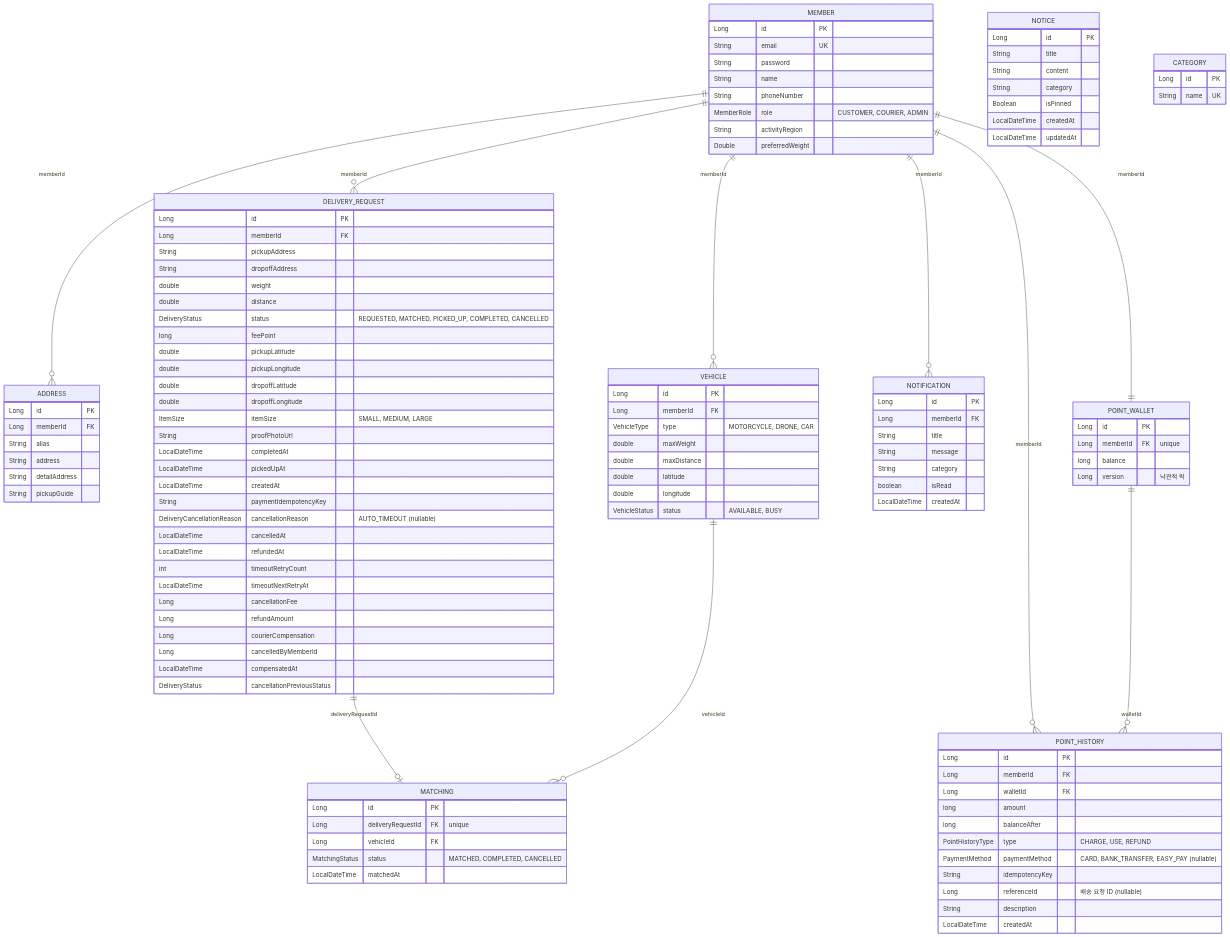
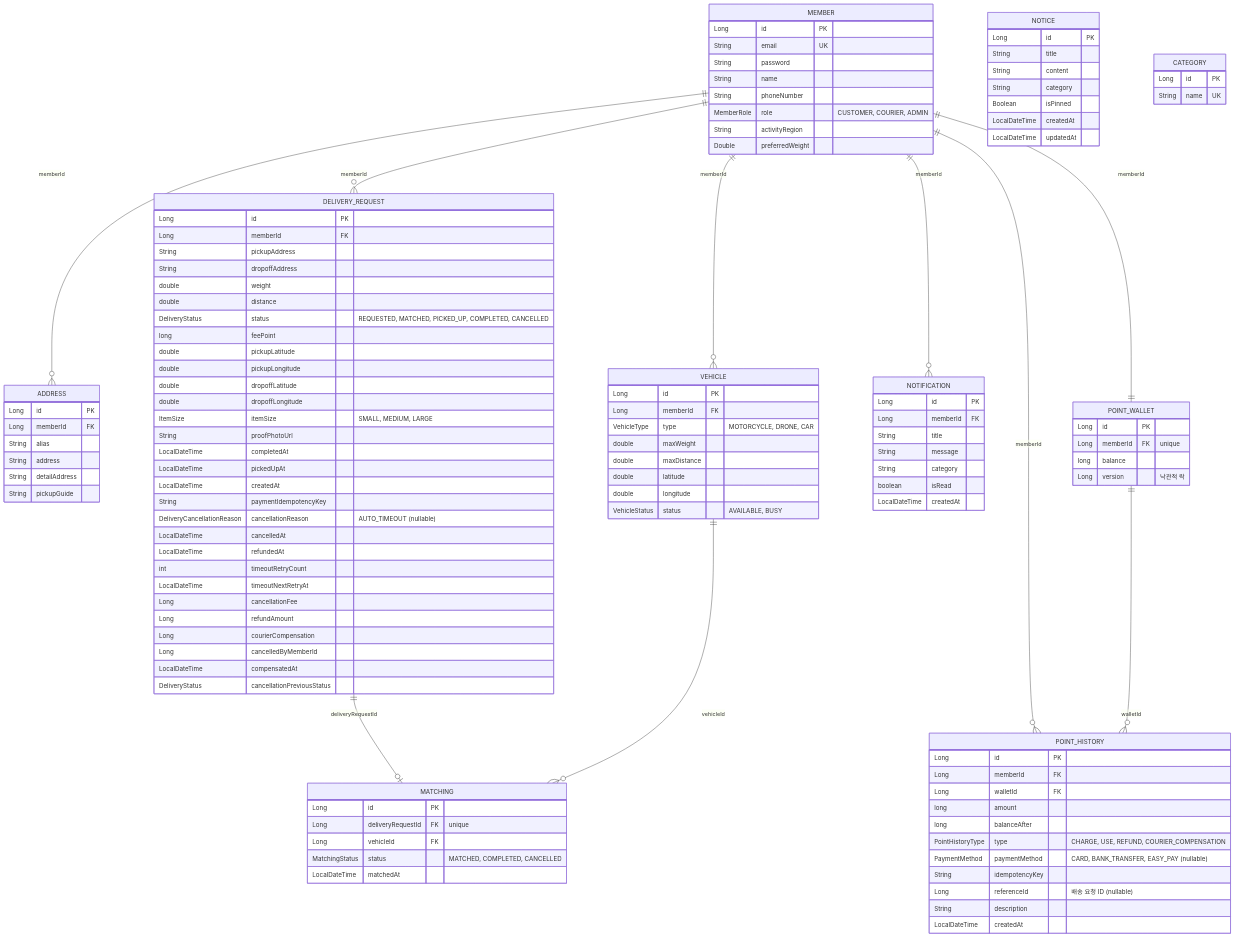
One commit to ShinhanDSProject/shinhan-delivery changed the diagram in docs/architecture/ERD-데이터베이스-연관관계도.md. Above: the diagram before and after it, drawn with Mermaid. The commit also changed 8 other files, not shown here.

```diff
--- a/docs/architecture/ERD-데이터베이스-연관관계도.md
+++ b/docs/architecture/ERD-데이터베이스-연관관계도.md
@@ -126,7 +126,7 @@
         Long walletId FK
         long amount
         long balanceAfter
-        PointHistoryType type "CHARGE, USE, REFUND"
+        PointHistoryType type "CHARGE, USE, REFUND, COURIER_COMPENSATION"
         PaymentMethod paymentMethod "CARD, BANK_TRANSFER, EASY_PAY (nullable)"
         String idempotencyKey
         Long referenceId "배송 요청 ID (nullable)"
```
